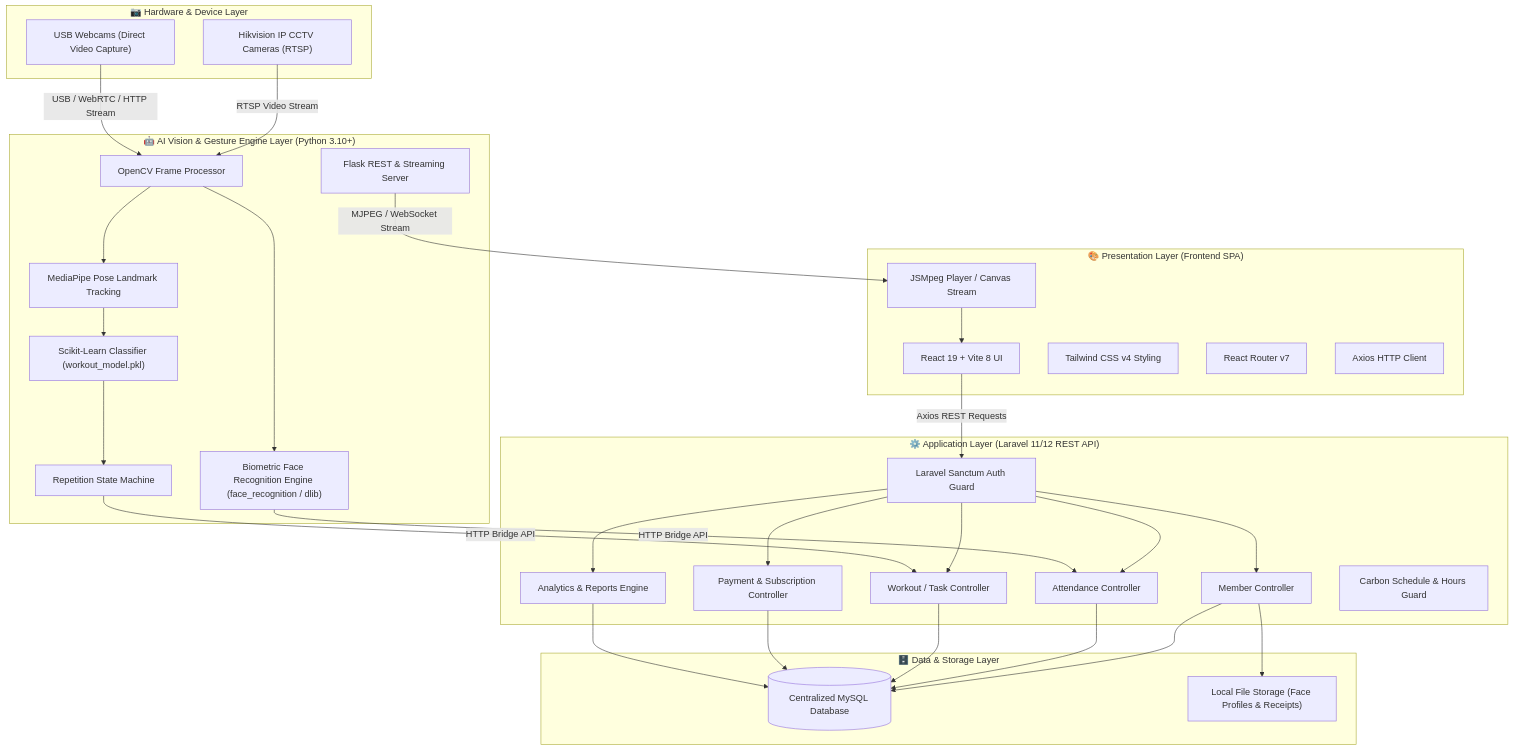
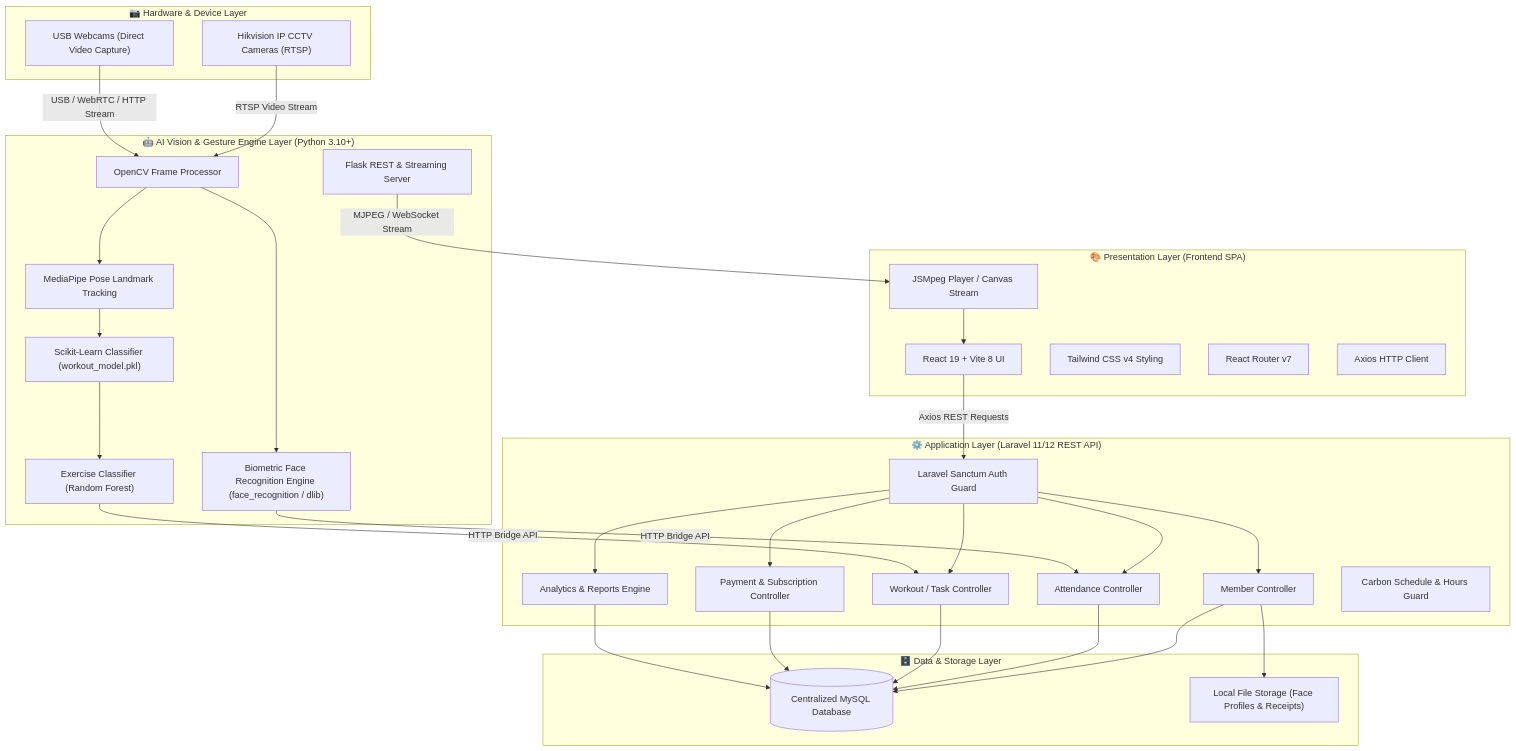
One commit to Plonteras191/GYM2-CAPSTONE changed the first of 6 diagrams in DOCUMENTATION/Product Requirements Documents/Architecture/Architecture.md. Above: the diagram before and after it, drawn with Mermaid. The commit also changed other lines of this file and 10 other files, not shown here.

First line of the commit message:
Update outdated diagrams in the documentation to match the system

````diff
--- a/DOCUMENTATION/Product Requirements Documents/Architecture/Architecture.md
+++ b/DOCUMENTATION/Product Requirements Documents/Architecture/Architecture.md
@@ -24,58 +24,58 @@
 ```mermaid
 flowchart TB
     subgraph Hardware_Layer ["📷 Hardware & Device Layer"]
         CCTV["Hikvision IP CCTV Cameras (RTSP)"]
         WEBCAM["USB Webcams (Direct Video Capture)"]
     end
 
     subgraph Presentation_Layer ["🎨 Presentation Layer (Frontend SPA)"]
         UI["React 19 + Vite 8 UI"]
         TW["Tailwind CSS v4 Styling"]
         ROUTER["React Router v7"]
         STREAM_PLAYER["JSMpeg Player / Canvas Stream"]
         AXIOS["Axios HTTP Client"]
     end
 
     subgraph AI_Engine_Layer ["🤖 AI Vision & Gesture Engine Layer (Python 3.10+)"]
         FLASK["Flask REST & Streaming Server"]
         OPENCV["OpenCV Frame Processor"]
         FACE_REC["Biometric Face Recognition Engine (face_recognition / dlib)"]
         MEDIAPIPE["MediaPipe Pose Landmark Tracking"]
         ML_MODEL["Scikit-Learn Classifier (workout_model.pkl)"]
-        REP_COUNTER["Repetition State Machine"]
+        REP_COUNTER["Exercise Classifier (Random Forest)"]
     end
 
     subgraph Application_Layer ["⚙️ Application Layer (Laravel 11/12 REST API)"]
         SANCTUM["Laravel Sanctum Auth Guard"]
         CTRL_MEMBERS["Member Controller"]
         CTRL_ATTENDANCE["Attendance Controller"]
         CTRL_WORKOUTS["Workout / Task Controller"]
         CTRL_PAYMENTS["Payment & Subscription Controller"]
         CTRL_REPORTS["Analytics & Reports Engine"]
         CARBON["Carbon Schedule & Hours Guard"]
     end
 
     subgraph Data_Layer ["🗄️ Data & Storage Layer"]
         MYSQL[("Centralized MySQL Database")]
         STORAGE["Local File Storage (Face Profiles & Receipts)"]
     end
 
     %% Communications & Streams
     CCTV -->|RTSP Video Stream| OPENCV
     WEBCAM -->|USB / WebRTC / HTTP Stream| OPENCV
 
     UI -->|Axios REST Requests| SANCTUM
     SANCTUM --> CTRL_MEMBERS & CTRL_ATTENDANCE & CTRL_WORKOUTS & CTRL_PAYMENTS & CTRL_REPORTS
 
     OPENCV --> FACE_REC
     OPENCV --> MEDIAPIPE --> ML_MODEL --> REP_COUNTER
 
     FACE_REC -->|HTTP Bridge API| CTRL_ATTENDANCE
     REP_COUNTER -->|HTTP Bridge API| CTRL_WORKOUTS
 
     FLASK -->|MJPEG / WebSocket Stream| STREAM_PLAYER
     STREAM_PLAYER --> UI
 
     CTRL_MEMBERS & CTRL_ATTENDANCE & CTRL_WORKOUTS & CTRL_PAYMENTS & CTRL_REPORTS --> MYSQL
     CTRL_MEMBERS --> STORAGE
 ```
````
